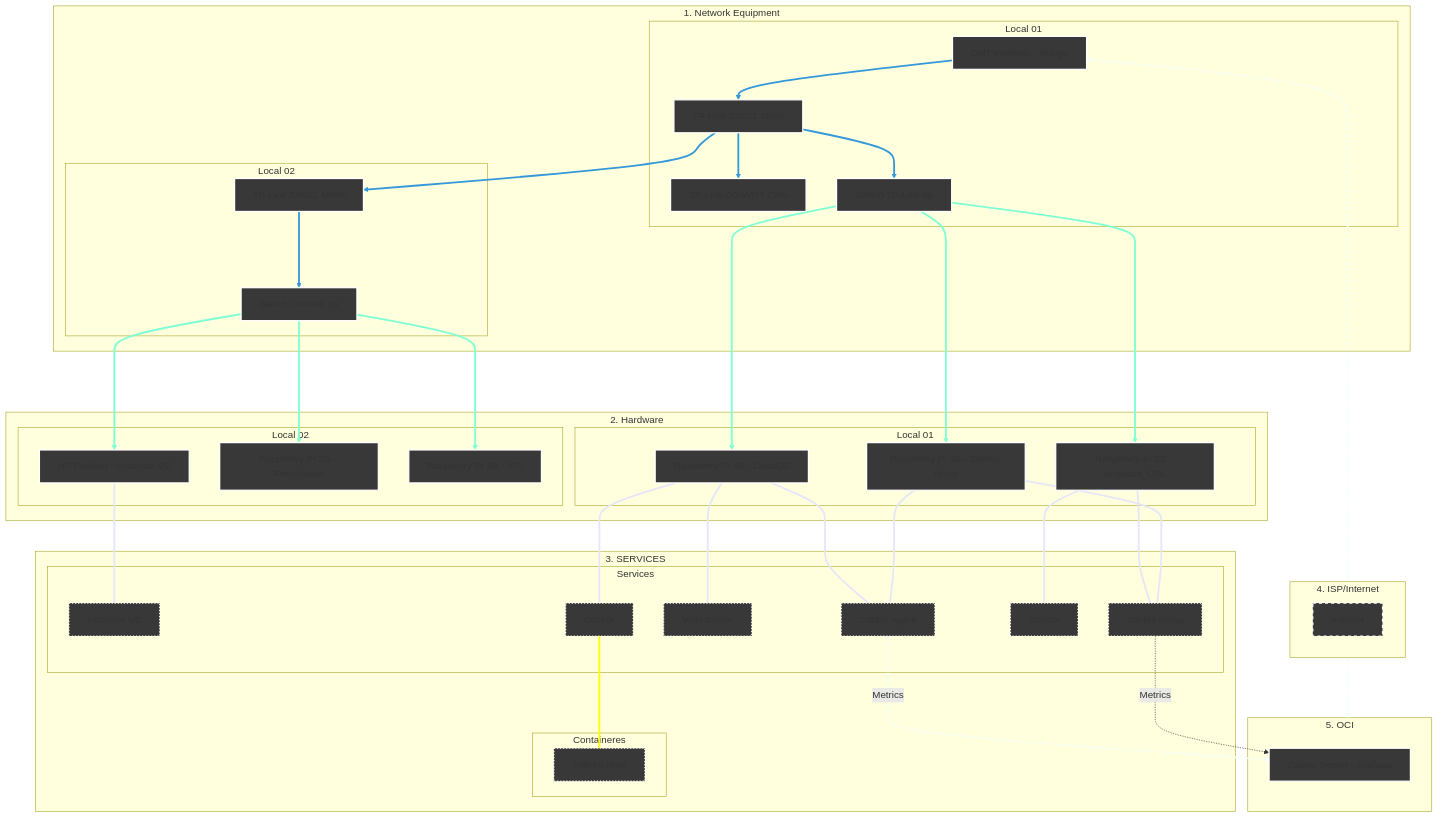
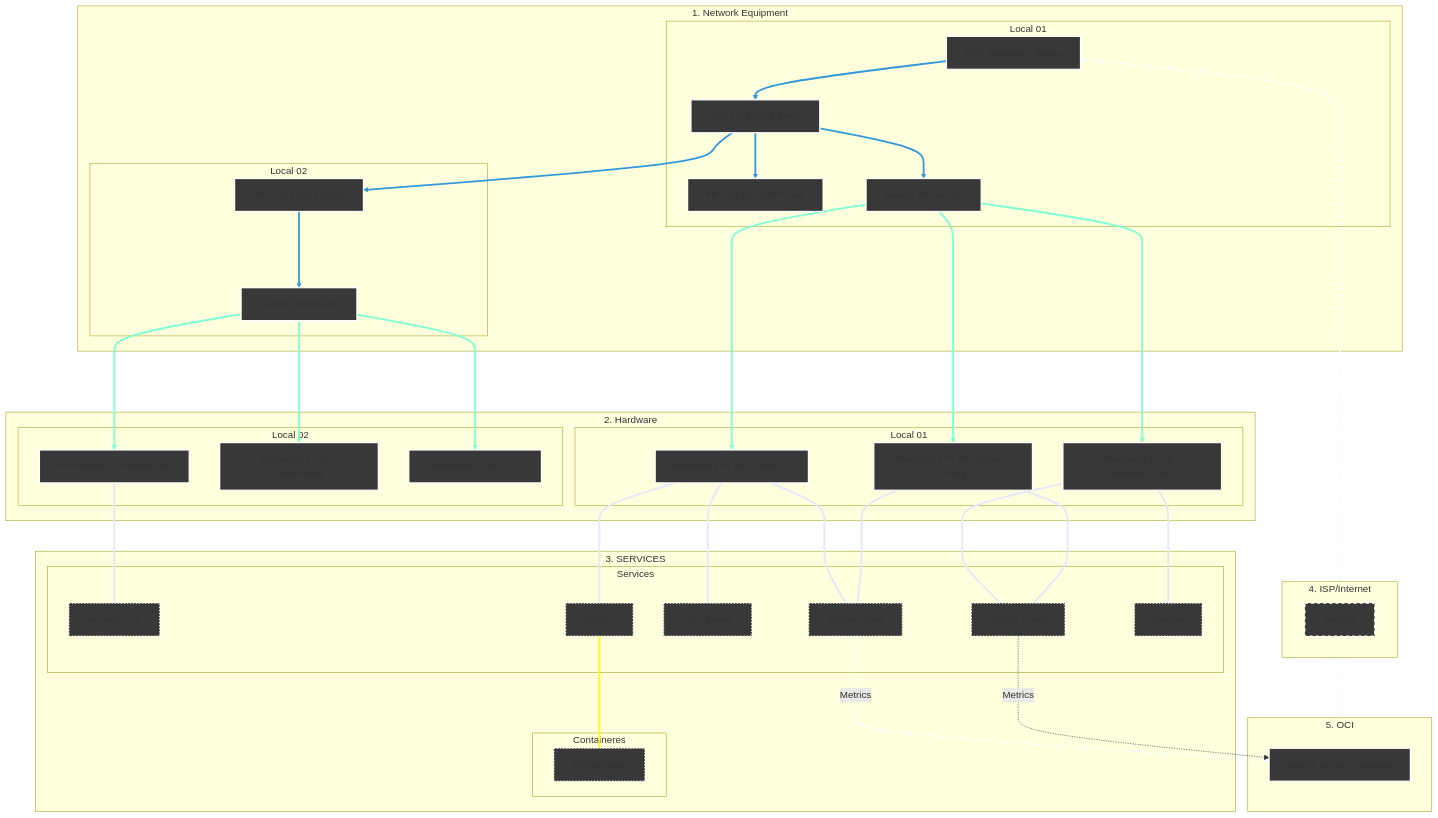
The diagram in Infrastructure/README.md (kevindexter22/Dr-Hardware-Autonet), drawn with Mermaid before and after one commit. The commit also changed other lines of this file, not shown here.

````diff
--- a/Infrastructure/README.md
+++ b/Infrastructure/README.md
@@ -13,80 +13,80 @@
 ```mermaid
 graph TD
     %% Styles
     classDef network fill:#383838,stroke:#FFFFFF,stroke-width:2px;
     classDef hardware fill:#383838,stroke:#FFFFFF,stroke-width:2px;
     classDef internet fill:#383838,stroke:#FFFFFF,stroke-width:2px,stroke-dasharray: 5 5;
     classDef services fill:#383838,stroke:#FFFFFF,stroke-width:2px, stroke-dasharray: 2 3;
     classDef oci fill:#383838,stroke:#FFFFFF,stroke-width:2px;
 
     %% 1. NETWORK EQUIPMENT
     subgraph Principal["1. Network Equipment"]
     subgraph S1 [Local 01]
         ONT[ONT Intelbras - Bridge]:::network --> R_Mesh1[TP-Link EX521 Mesh]:::network
         R_Mesh1 --> R_Cams[TP-Link DD-WRT Cam]:::network 
         R_Mesh1 --> SW1[Switch TP-Link 8p]:::network  
     end
     subgraph S2 [Local 02]
         R_Mesh1 --> R_Mesh2[TP-Link EX521 Mesh]:::network
         R_Mesh2 ---> SW2[Switch Overtek 8p]:::network
     end
     end
     
     %% 2. HARDWARE
     subgraph Principal02["2. Hardware"]
     subgraph S3 [Local 01]
         SW1 ---> RPi4B[Raspberry Pi 4B - CasaOS]:::hardware
         SW1 ---> RPi3B_2[Raspberry Pi 3B - Zabbix Proxy]:::hardware
         SW1 ---> RPi3B_1[Raspberry Pi 3B - Arquivos_OPL]:::hardware
     end
     subgraph S4 [Local 02]
         SW2 ---> HP[HP Pavilion - Proxmox VE]:::hardware
         SW2 ---> RPi3B_3[Raspberry Pi 3B - FreeRadius]:::hardware
         SW2 ---> RPi3B_4[Raspberry Pi 3B - ???]:::hardware
     end
     end
 
     %% 3. SERVICES
     subgraph Principal03["3. SERVICES"]
     subgraph S5 [Services];
         HP --- PVE[Proxmox VE]:::services
         RPi4B --- Docker[Docker]:::services     
         RPi4B --- VPN[VPN Server]:::services
         RPi4B --- ZA[Zabbix Agent]:::services
         RPi3B_2 --- ZA[Zabbix Agent]:::services
+        RPi3B_1 --- ZP[Zabbix Proxy]:::services
         RPi3B_1 --- SMB1[Samba]:::services
-        RPi3B_1 --- ZP[Zabbix Proxy]:::services
         RPi3B_2 --- ZP[Zabbix Proxy]:::services
     end
     subgraph S6 [Containeres];
         Docker[Docker] --- Trillium[Trillium Note]:::services
     end
     end
 
     %% 4. Internet (The Bridge)
     subgraph S7 [4. ISP/Internet]
            internet[Internet]:::internet
     end
 
     %% 5. Oracle Cloud Infrastructure
     subgraph S8 [5. OCI]
         ZS[Zabbix Server - Grafana]:::oci
     end
 
     %% Conections of data flow
     ONT <--> S7
     S7 <--> S8
     
     %% Logical conections
     ZA -.-> |Metrics| ZS
     ZP -.-> |Metrics| ZS 
 
     %% --- Set collor on conections ---
     
     linkStyle 0,1,2,3,4 stroke:#3498db,stroke-width:3px;
     linkStyle 5,6,7,8,9,10 stroke:#7FFFD4,stroke-width:3px;
     linkStyle 11,12,13,14,15,16,17,18 stroke:#E6E6FA,stroke-width:3px;
     linkStyle 19 stroke:#FFFF00,stroke-width:3px;
     linkStyle 20,21,22 stroke:#F5FFFA,stroke-width:3px,stroke-dasharray: 5 5;
 
 ```
````
